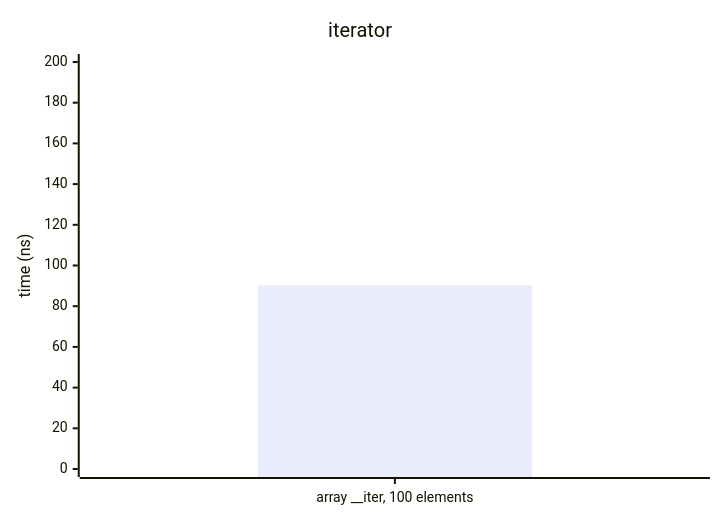
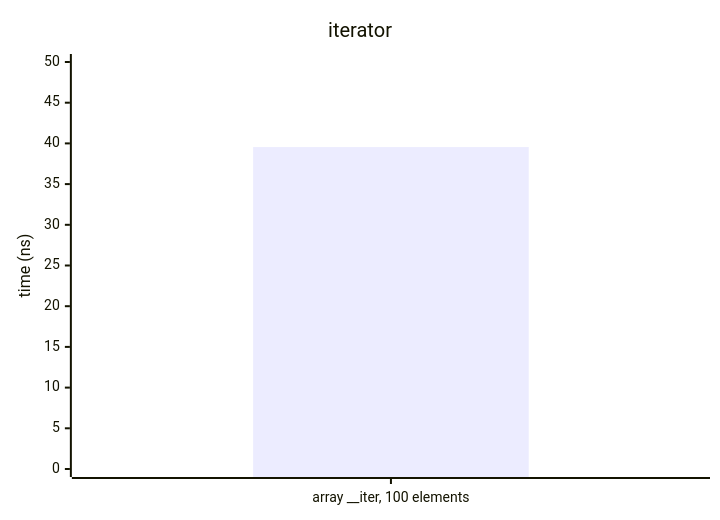
Before and after one commit to DreamWeave-MP/l3i: the sixth of 8 diagrams in BENCHMARKS.md, drawn with Mermaid. The commit also changed other lines of this file and 1 other file, not shown here.

````diff
--- a/BENCHMARKS.md
+++ b/BENCHMARKS.md
@@ -111,7 +111,7 @@
 ```mermaid
 xychart-beta
     title "iterator"
     x-axis ["array __iter, 100 elements"]
-    y-axis "time (ns)" 0 --> 200.00
-    bar [90.33]
+    y-axis "time (ns)" 0 --> 50.00
+    bar [39.55]
 ```
````
